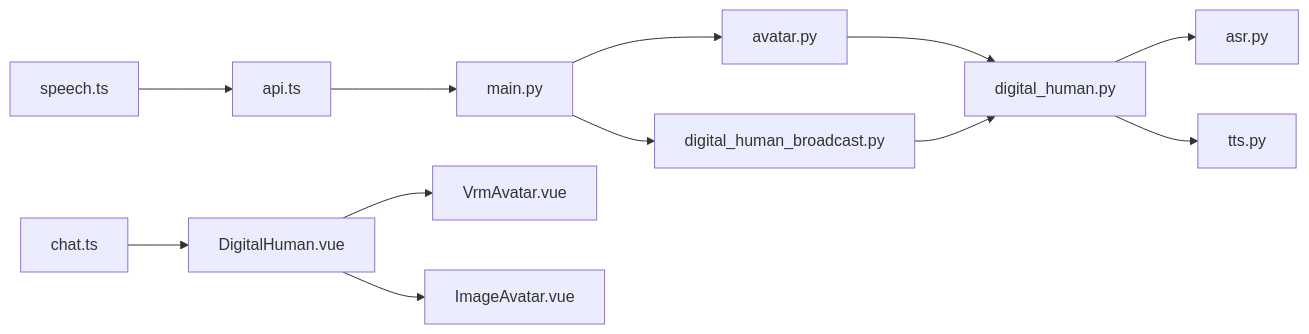
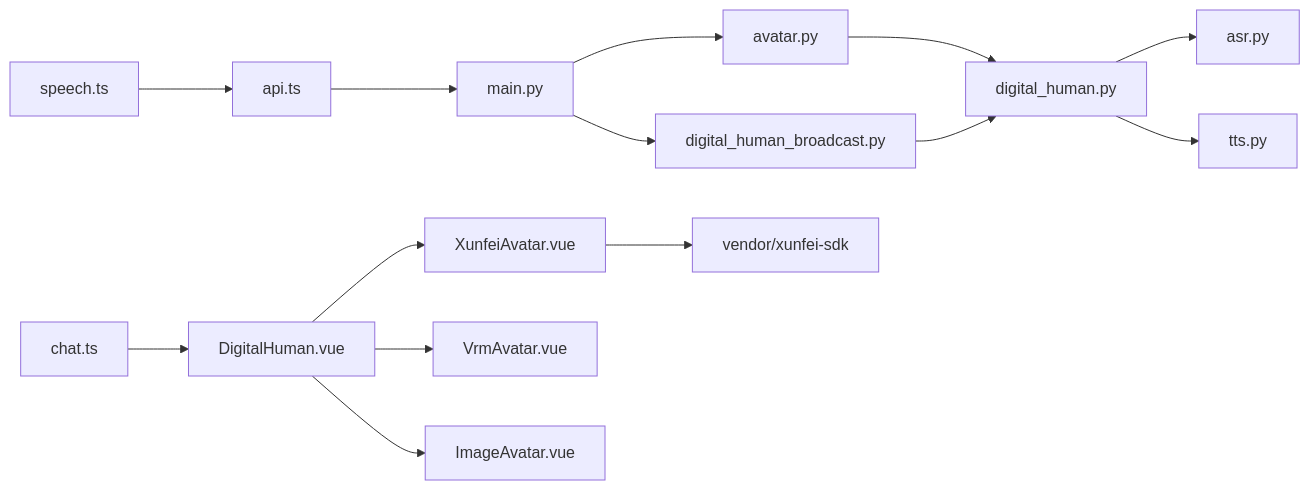
Before and after one commit to vstralcn/AI-SmartTour: the seventh of 7 diagrams in .qoder/repowiki/zh/content/前端应用架构/游客端应用 (Tourist App)/数字人交互系统/数字人交互系统.md, drawn with Mermaid. The commit also changed other lines of this file and 11 other files, not shown here.

````diff
--- a/.qoder/repowiki/zh/content/前端应用架构/游客端应用 (Tourist App)/数字人交互系统/数字人交互系统.md
+++ b/.qoder/repowiki/zh/content/前端应用架构/游客端应用 (Tourist App)/数字人交互系统/数字人交互系统.md
@@ -287,14 +294,16 @@
 ```mermaid
 graph LR
 API["api.ts"] --> MAIN["main.py"]
 SPEECH["speech.ts"] --> API
 STORE["chat.ts"] --> DH["DigitalHuman.vue"]
+DH --> XUNFEI["XunfeiAvatar.vue"]
+XUNFEI --> XUNFEI_SDK["vendor/xunfei-sdk"]
 DH --> VRM["VrmAvatar.vue"]
 DH --> IMG["ImageAvatar.vue"]
 MAIN --> AVATAR["avatar.py"]
 MAIN --> BROADCAST["digital_human_broadcast.py"]
 AVATAR --> DH_SVC["digital_human.py"]
 BROADCAST --> DH_SVC
 DH_SVC --> ASR["asr.py"]
 DH_SVC --> TTS["tts.py"]
 ```
````
